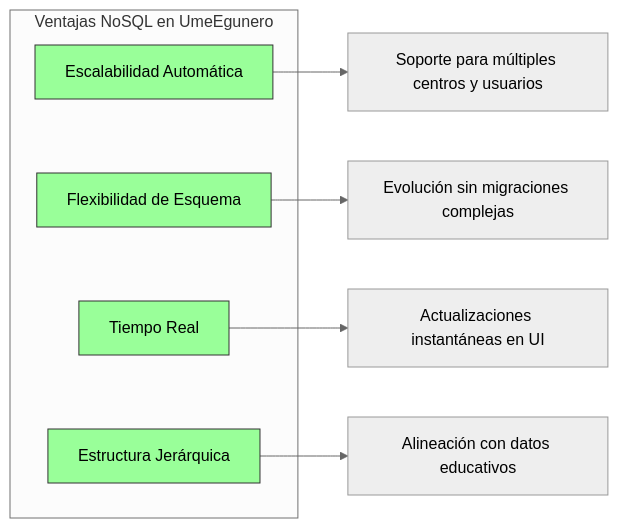
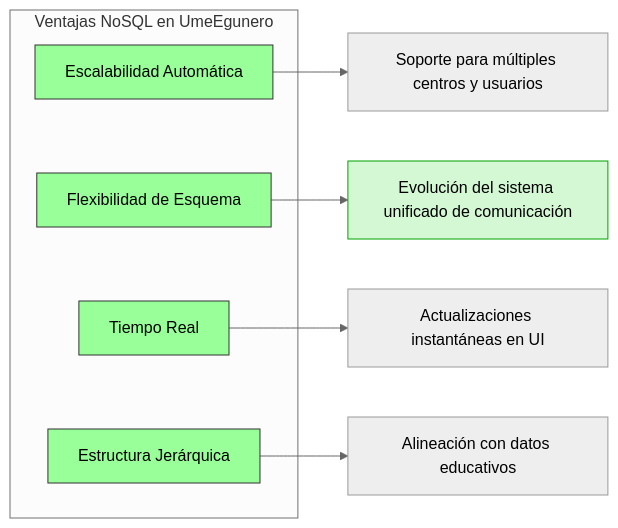
One commit to Nojabeach/UmeEgunero changed the fourth of 5 diagrams in docs/Estructura_Base_Datos.md. Above: the diagram before and after it, drawn with Mermaid (neutral theme). The commit also changed other lines of this file and 112 other files, not shown here.

````diff
--- a/docs/Estructura_Base_Datos.md
+++ b/docs/Estructura_Base_Datos.md
@@ -535,19 +583,20 @@
 ```mermaid
 graph LR
     subgraph "Ventajas NoSQL en UmeEgunero"
         Escalabilidad[Escalabilidad Automática]
         Flexibilidad[Flexibilidad de Esquema]
         RealTime[Tiempo Real]
         Jerarquia[Estructura Jerárquica]
     end
     
     Escalabilidad --> Beneficio1[Soporte para múltiples centros y usuarios]
-    Flexibilidad --> Beneficio2[Evolución sin migraciones complejas]
+    Flexibilidad --> Beneficio2[Evolución del sistema unificado de comunicación]
     RealTime --> Beneficio3[Actualizaciones instantáneas en UI]
     Jerarquia --> Beneficio4[Alineación con datos educativos]
     
     style Escalabilidad fill:#9f9,stroke:#333,stroke-width:1px
     style Flexibilidad fill:#9f9,stroke:#333,stroke-width:1px
     style RealTime fill:#9f9,stroke:#333,stroke-width:1px
     style Jerarquia fill:#9f9,stroke:#333,stroke-width:1px
+    style Beneficio2 fill:#d4f8d4,stroke:#00a200,stroke-width:1px
 ```
````
